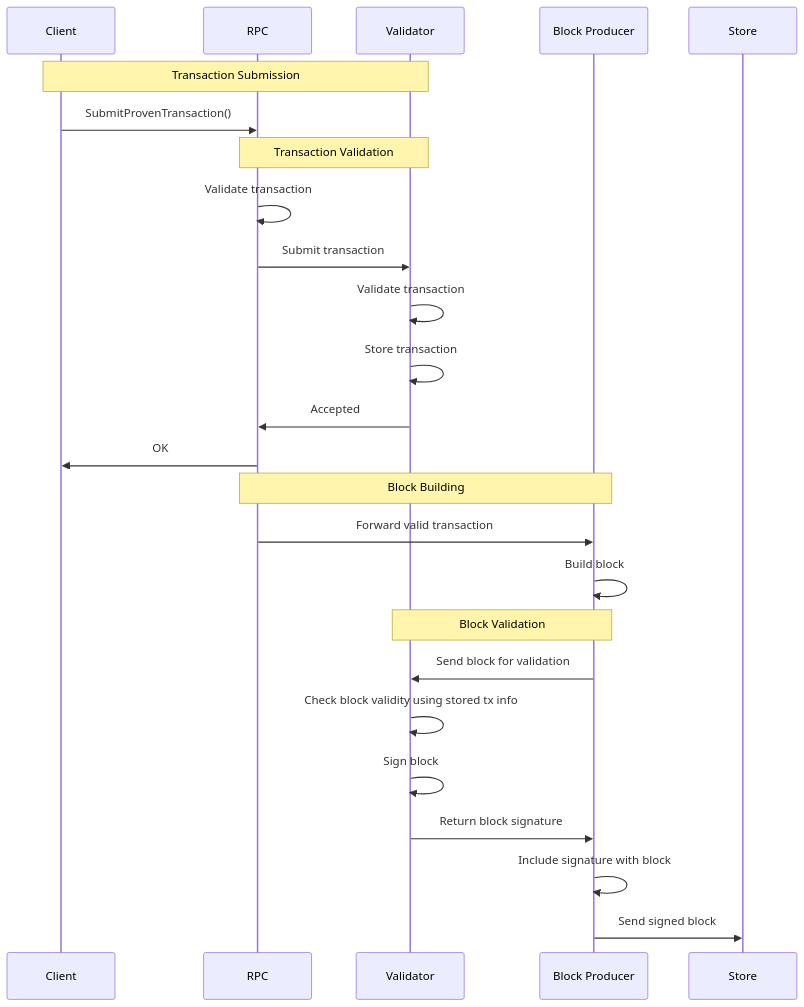
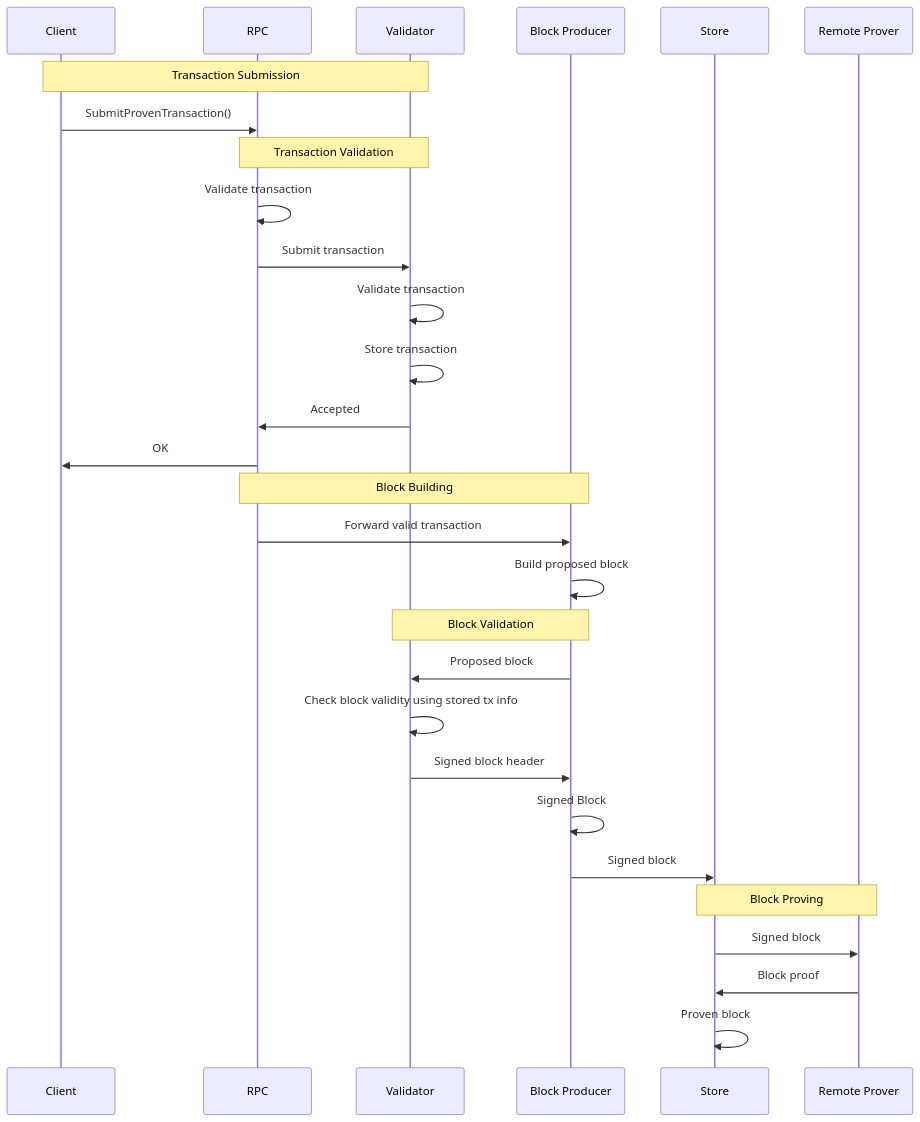
The diagram in crates/validator/README.md (0xMiden/miden-node), drawn with Mermaid before and after one commit.

Commit message:
Update validator readme

````diff
--- a/crates/validator/README.md
+++ b/crates/validator/README.md
@@ -18,34 +18,38 @@
 ```mermaid
 sequenceDiagram
     participant Client
     participant RPC
     participant Validator
     participant BlockProducer as Block Producer
     participant Store
+    participant RemoteProver as Remote Prover
 
     Note over Client, Validator: Transaction Submission
     Client->>RPC: SubmitProvenTransaction()
 
     Note over RPC, Validator: Transaction Validation
 
     RPC->>RPC: Validate transaction
     RPC->>Validator: Submit transaction
     Validator->>Validator: Validate transaction
     Validator->>Validator: Store transaction
     Validator->>RPC: Accepted
     RPC->>Client: OK
 
 
     Note over BlockProducer, RPC: Block Building
     RPC->>BlockProducer: Forward valid transaction
-    BlockProducer->>BlockProducer: Build block
+    BlockProducer->>BlockProducer: Build proposed block
 
     Note over BlockProducer, Validator: Block Validation
-    BlockProducer->>Validator: Send block for validation
+    BlockProducer->>Validator: Proposed block
     Validator->>Validator: Check block validity using stored tx info
-    Validator->>Validator: Sign block
-    Validator->>BlockProducer: Return block signature
+    Validator->>BlockProducer: Signed block header
+    BlockProducer->>BlockProducer: Signed Block
+    BlockProducer->>Store: Signed block
 
-    BlockProducer->>BlockProducer: Include signature with block
-    BlockProducer->>Store: Send signed block
+    Note over Store, RemoteProver: Block Proving
+    Store->>RemoteProver: Signed block
+    RemoteProver->>Store: Block proof
+    Store->>Store: Proven block
 ```
````
